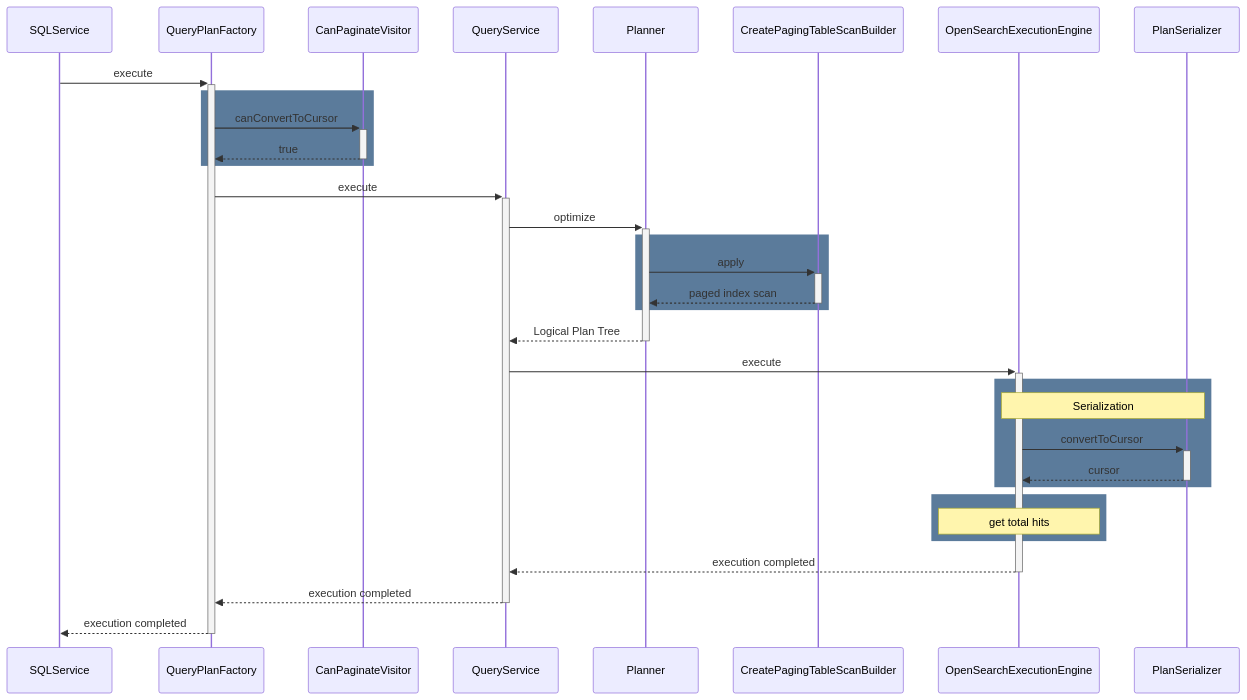
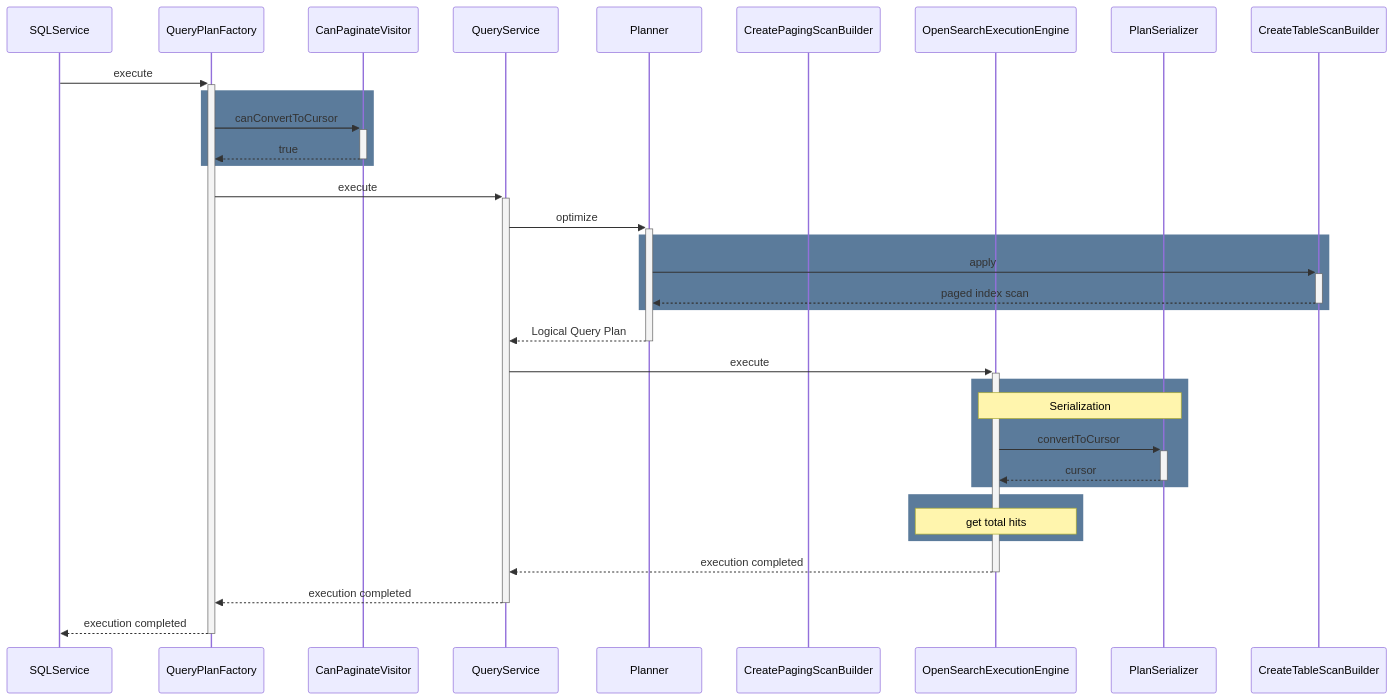
One commit to opensearch-project/sql changed diagram 12 of 18 in docs/dev/Pagination-v2.md. Above: the diagram before and after it, drawn with Mermaid. The commit also changed other lines of this file, not shown here.

````diff
--- a/docs/dev/Pagination-v2.md
+++ b/docs/dev/Pagination-v2.md
@@ -492,36 +442,36 @@
 ```mermaid
 sequenceDiagram
     participant SQLService
     participant QueryPlanFactory
     participant CanPaginateVisitor
     participant QueryService
     participant Planner
-    participant CreatePagingTableScanBuilder
+    participant CreatePagingScanBuilder
     participant OpenSearchExecutionEngine
     participant PlanSerializer
 
 SQLService ->>+ QueryPlanFactory : execute
   rect rgb(91, 123, 155)
   QueryPlanFactory ->>+ CanPaginateVisitor : canConvertToCursor
     CanPaginateVisitor -->>- QueryPlanFactory : true
   end
   QueryPlanFactory ->>+ QueryService : execute
     QueryService ->>+ Planner : optimize
       rect rgb(91, 123, 155)
-      Planner ->>+ CreatePagingTableScanBuilder : apply
-        CreatePagingTableScanBuilder -->>- Planner : paged index scan
+      Planner ->>+ CreateTableScanBuilder : apply
+        CreateTableScanBuilder -->>- Planner : paged index scan
       end
-      Planner -->>- QueryService : Logical Plan Tree
+      Planner -->>- QueryService : Logical Query Plan
     QueryService ->>+ OpenSearchExecutionEngine : execute
       rect rgb(91, 123, 155)
       Note over OpenSearchExecutionEngine, PlanSerializer : Serialization
       OpenSearchExecutionEngine ->>+ PlanSerializer : convertToCursor
         PlanSerializer -->>- OpenSearchExecutionEngine : cursor
       end
       rect rgb(91, 123, 155)
       Note over OpenSearchExecutionEngine : get total hits
       end
       OpenSearchExecutionEngine -->>- QueryService : execution completed
     QueryService -->>- QueryPlanFactory : execution completed
   QueryPlanFactory -->>- SQLService : execution completed
 ```
````
